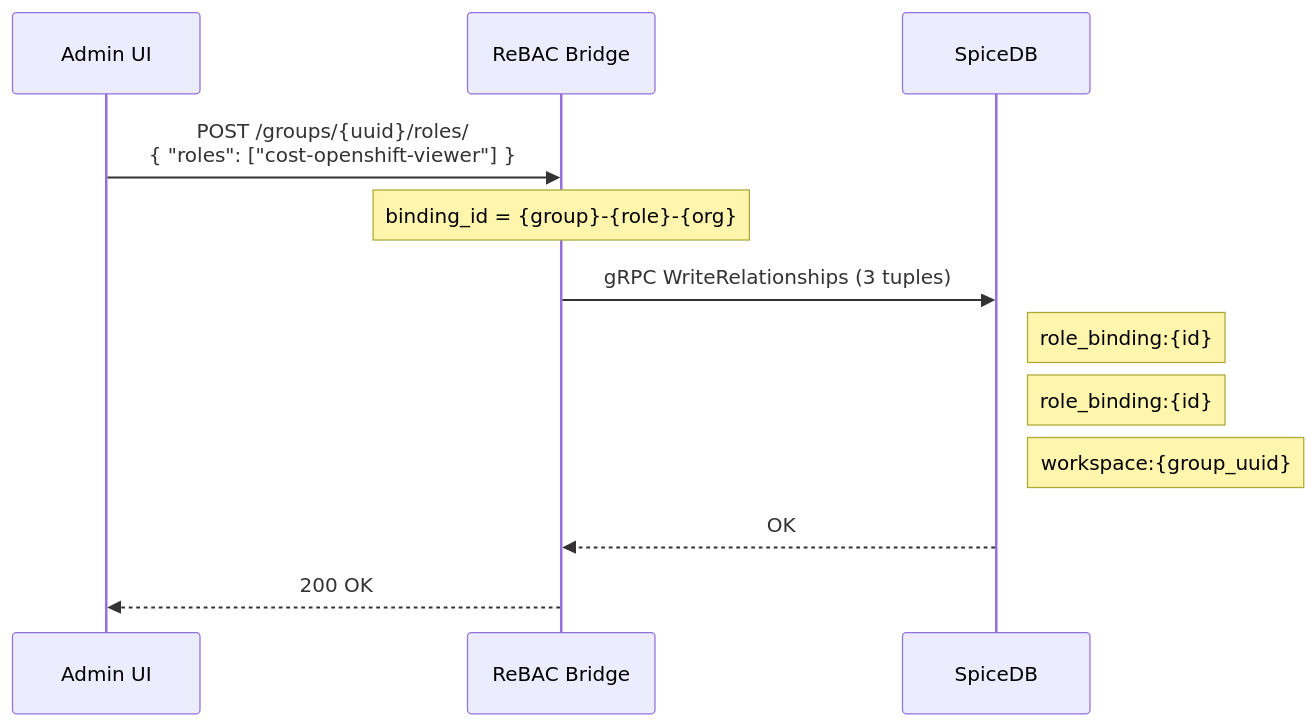
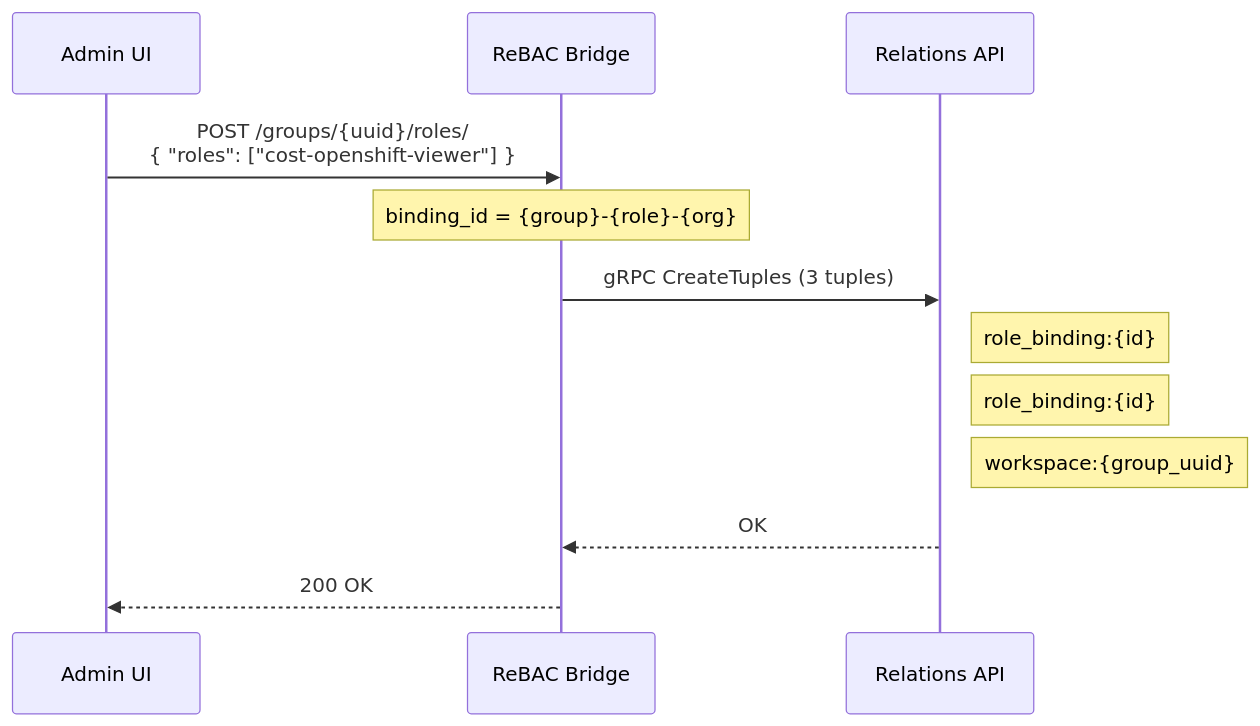
Before and after one commit to project-koku/koku: the fourth of 11 diagrams in docs/architecture/kessel-integration/rebac-bridge-design.md, drawn with Mermaid. The commit also changed other lines of this file and 1 other file, not shown here.

````diff
--- a/docs/architecture/kessel-integration/rebac-bridge-design.md
+++ b/docs/architecture/kessel-integration/rebac-bridge-design.md
@@ -624,17 +664,17 @@
 ```mermaid
 sequenceDiagram
     participant UI as Admin UI
     participant Bridge as ReBAC Bridge
-    participant DB as SpiceDB
+    participant Relations as Relations API
 
     UI->>Bridge: POST /groups/{uuid}/roles/<br/>{ "roles": ["cost-openshift-viewer"] }
 
     Note over Bridge: binding_id = {group}-{role}-{org}
 
-    Bridge->>DB: gRPC WriteRelationships (3 tuples)
-    Note right of DB: role_binding:{id} #t_subject<br/>→ group:{uuid}#member
-    Note right of DB: role_binding:{id} #t_granted<br/>→ role:cost-openshift-viewer
-    Note right of DB: workspace:{group_uuid} #t_binding<br/>→ role_binding:{id}
-    DB-->>Bridge: OK
+    Bridge->>Relations: gRPC CreateTuples (3 tuples)
+    Note right of Relations: role_binding:{id} #t_subject<br/>→ group:{uuid}#member
+    Note right of Relations: role_binding:{id} #t_granted<br/>→ role:cost-openshift-viewer
+    Note right of Relations: workspace:{group_uuid} #t_binding<br/>→ role_binding:{id}
+    Relations-->>Bridge: OK
     Bridge-->>UI: 200 OK
 ```
````
